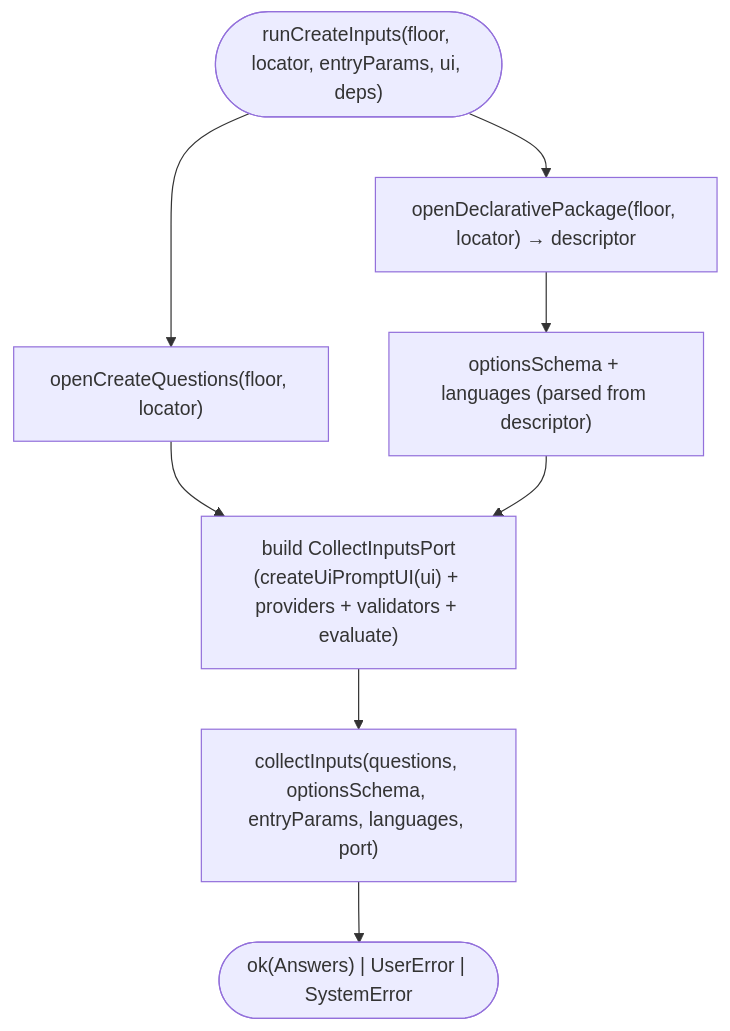
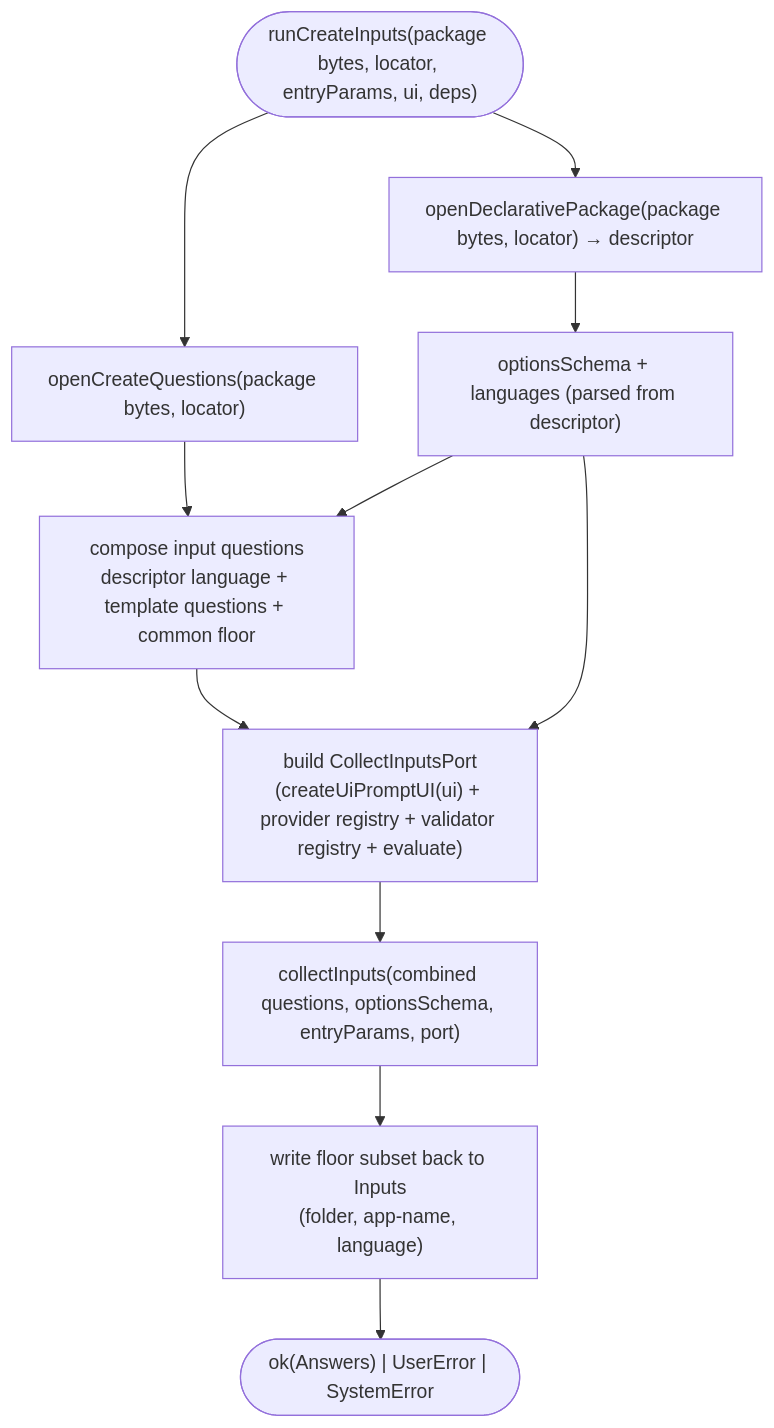
The diagram in docs/03-specs/operations/scaffolding/collect-create-inputs.md (OfficeDev/Teams-Toolkit), drawn with Mermaid before and after one commit. The commit also changed other lines of this file and 67 other files, not shown here.

Commit message:
feat(fx-core): align v4 scaffolding engine flow

````diff
--- a/docs/03-specs/operations/scaffolding/collect-create-inputs.md
+++ b/docs/03-specs/operations/scaffolding/collect-create-inputs.md
@@ -105,10 +134,13 @@
 ```mermaid
 flowchart TD
-  start(["runCreateInputs(floor, locator, entryParams, ui, deps)"]) --> q["openCreateQuestions(floor, locator)"]
-  start --> d["openDeclarativePackage(floor, locator) → descriptor"]
+  start(["runCreateInputs(package bytes, locator, entryParams, ui, deps)"]) --> q["openCreateQuestions(package bytes, locator)"]
+  start --> d["openDeclarativePackage(package bytes, locator) → descriptor"]
   d --> os["optionsSchema + languages (parsed from descriptor)"]
-  q --> port
-  os --> port["build CollectInputsPort\n(createUiPromptUI(ui) + providers + validators + evaluate)"]
-  port --> ci["collectInputs(questions, optionsSchema, entryParams, languages, port)"]
-  ci --> out(["ok(Answers) | UserError | SystemError"])
+  q --> compose["compose input questions\ndescriptor language + template questions + common floor"]
+  os --> compose
+  compose --> port
+  os --> port["build CollectInputsPort\n(createUiPromptUI(ui) + provider registry + validator registry + evaluate)"]
+  port --> ci["collectInputs(combined questions, optionsSchema, entryParams, port)"]
+  ci --> wb["write floor subset back to Inputs\n(folder, app-name, language)"]
+  wb --> out(["ok(Answers) | UserError | SystemError"])
 ```
````
